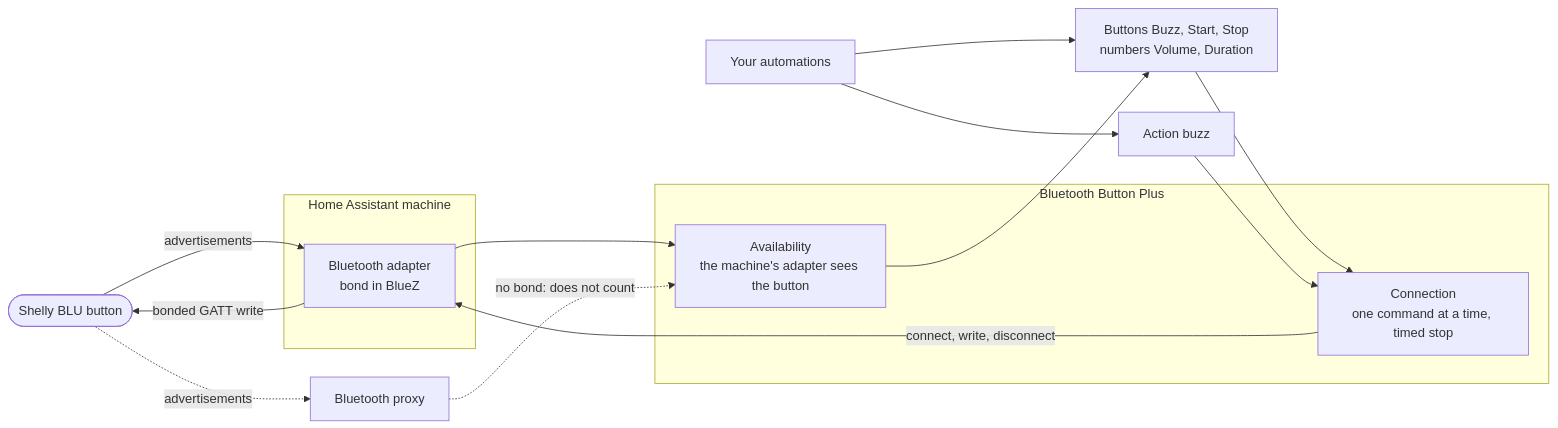
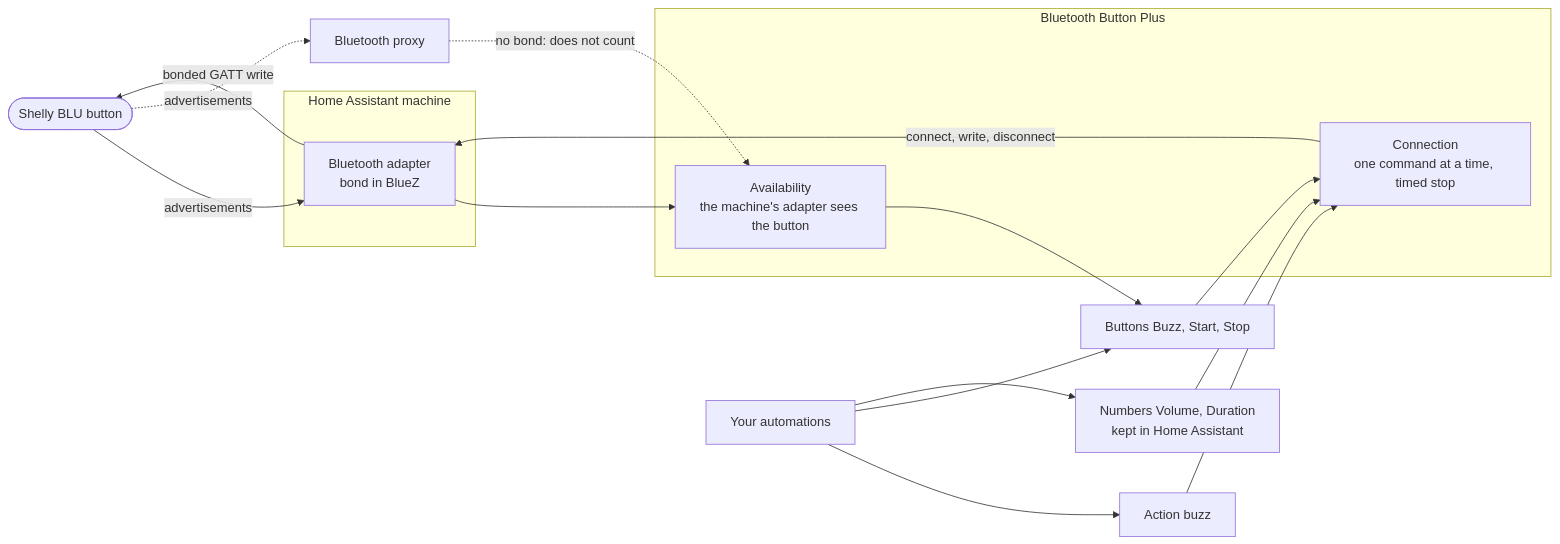
Before and after one commit to n-schilling/ha-bluetooth-button-plus: the first of 3 diagrams in README.md, drawn with Mermaid. The commit also changed other lines of this file and 6 other files, not shown here.

First line of the commit message:
Keep the buzzer volume in Home Assistant, write it at the next start

````diff
--- a/README.md
+++ b/README.md
@@ -17,23 +17,25 @@
 ```mermaid
 flowchart LR
     button(["Shelly BLU button"])
     subgraph host["Home Assistant machine"]
         adapter["Bluetooth adapter<br/>bond in BlueZ"]
     end
     proxy["Bluetooth proxy"]
     subgraph bbp["Bluetooth Button Plus"]
         availability["Availability<br/>the machine's adapter sees the button"]
         connection["Connection<br/>one command at a time, timed stop"]
     end
     button -->|"advertisements"| adapter
     button -.->|"advertisements"| proxy
     adapter --> availability
     proxy -.->|"no bond: does not count"| availability
-    availability --> entities["Buttons Buzz, Start, Stop<br/>numbers Volume, Duration"]
+    availability --> entities["Buttons Buzz, Start, Stop"]
+    settings["Numbers Volume, Duration<br/>kept in Home Assistant"] --> connection
     automations["Your automations"] --> action["Action buzz"]
     automations --> entities
+    automations --> settings
     entities --> connection
     action --> connection
     connection -->|"connect, write, disconnect"| adapter
     adapter -->|"bonded GATT write"| button
 ```
````
